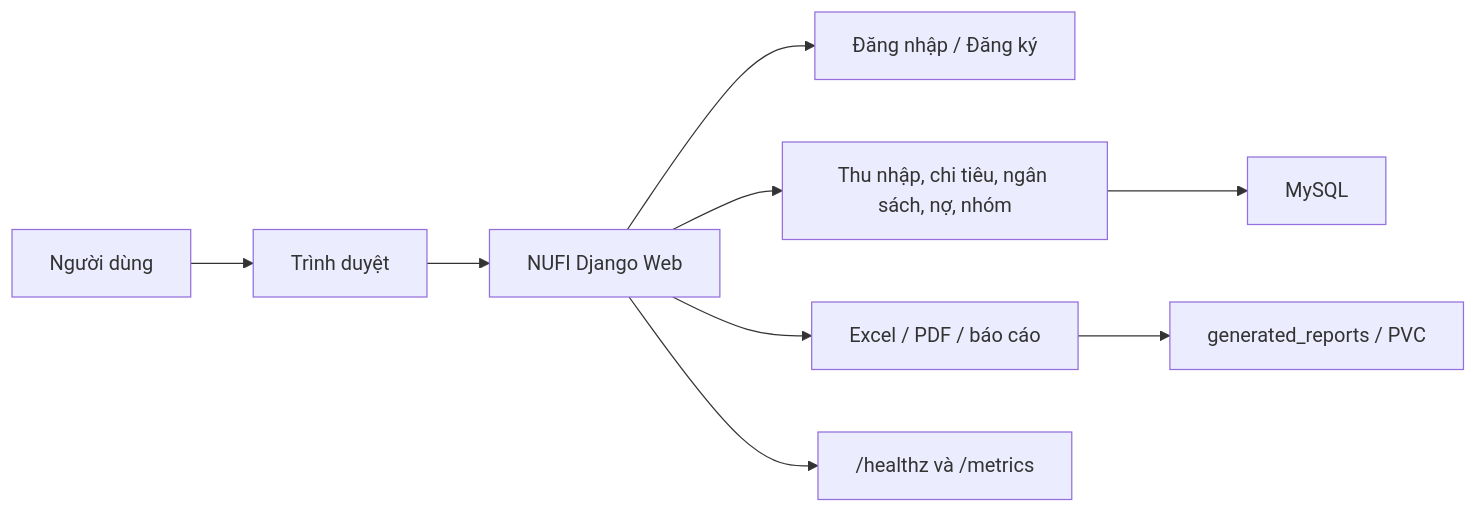
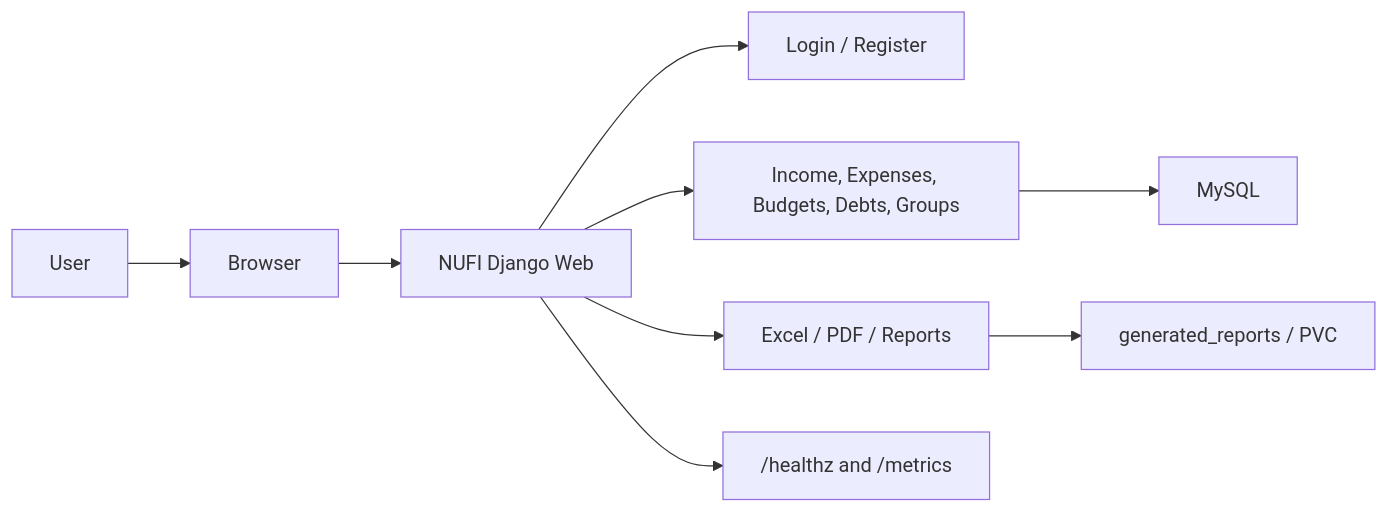
Before and after one commit to thtrangnu/PERSONAL-FINANCE-MANAGEMENT-SYSTEM: the first of 5 diagrams in docs/architecture/system-flow.md, drawn with Mermaid. The commit also changed other lines of this file and 9 other files, not shown here.

````diff
--- a/docs/architecture/system-flow.md
+++ b/docs/architecture/system-flow.md
@@ -7,11 +7,11 @@
 ```mermaid
 flowchart LR
-    User["Người dùng"] --> Browser["Trình duyệt"]
+    User["User"] --> Browser["Browser"]
     Browser --> Web["NUFI Django Web"]
-    Web --> Auth["Đăng nhập / Đăng ký"]
-    Web --> Finance["Thu nhập, chi tiêu, ngân sách, nợ, nhóm"]
+    Web --> Auth["Login / Register"]
+    Web --> Finance["Income, Expenses, Budgets, Debts, Groups"]
     Finance --> DB["MySQL"]
-    Web --> Reports["Excel / PDF / báo cáo"]
+    Web --> Reports["Excel / PDF / Reports"]
     Reports --> Files["generated_reports / PVC"]
-    Web --> Metrics["/healthz và /metrics"]
+    Web --> Metrics["/healthz and /metrics"]
 ```
````
